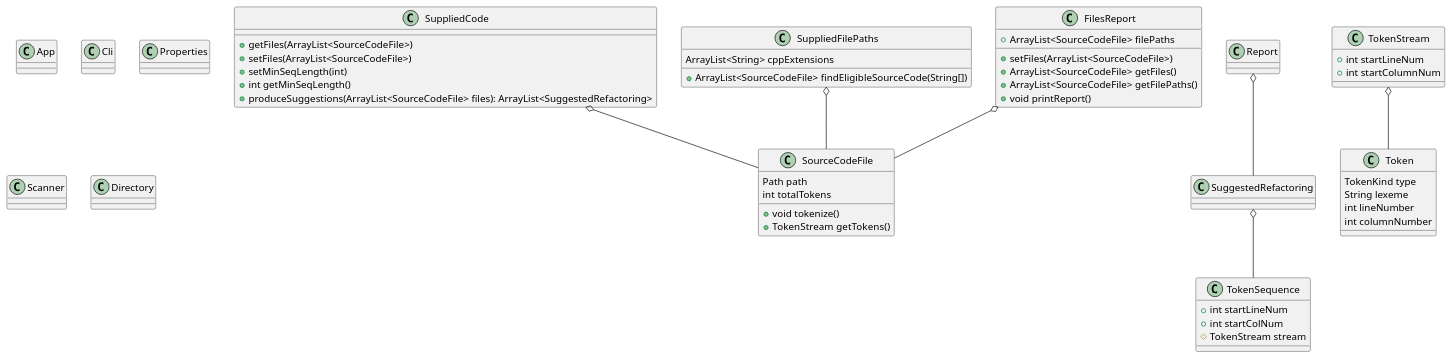
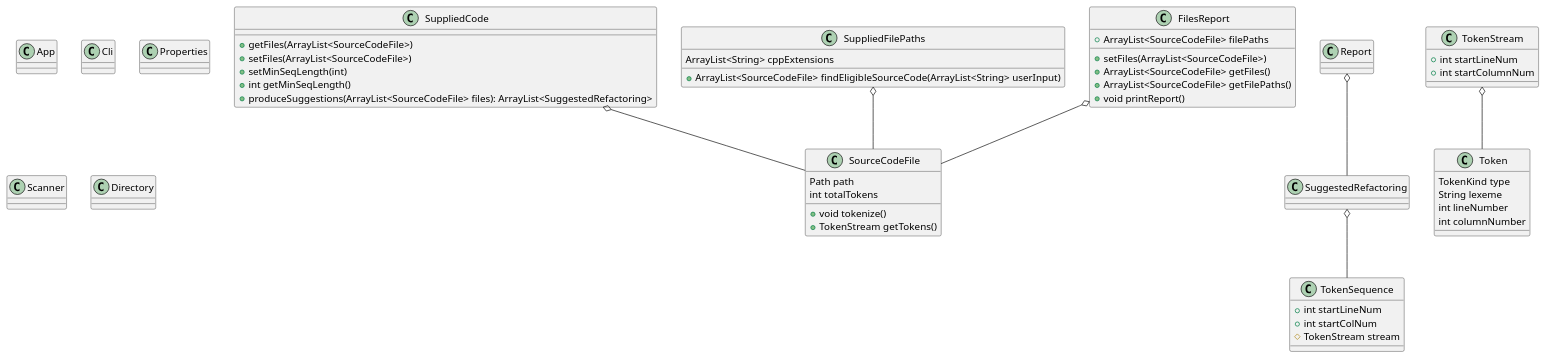
Before and after one commit to ShroudofDark/CS350-DupDetector: the diagram in src/doc/plantuml/classes.puml, drawn with PlantUML. The commit also changed 12 other files, not shown here.

```diff
--- a/src/doc/plantuml/classes.puml
+++ b/src/doc/plantuml/classes.puml
@@ -1,90 +1,90 @@
 @startuml
 
 class SuppliedCode {
     + getFiles(ArrayList<SourceCodeFile>)
     + setFiles(ArrayList<SourceCodeFile>)
     + setMinSeqLength(int)
     + int getMinSeqLength()
     + produceSuggestions(ArrayList<SourceCodeFile> files): ArrayList<SuggestedRefactoring>
 
 }
 
 class SuppliedFilePaths {
     ArrayList<String> cppExtensions
-    + ArrayList<SourceCodeFile> findEligibleSourceCode(String[])
+    + ArrayList<SourceCodeFile> findEligibleSourceCode(ArrayList<String> userInput)
 }
 
 class SuggestedRefactoring {
   
 }
 
 SuggestedRefactoring o-- TokenSequence
 
 class SourceCodeFile {
     Path path
     int totalTokens
     + void tokenize()
     + TokenStream getTokens()
 }
 
 class TokenSequence {
     + int startLineNum
     + int startColNum
     # TokenStream stream
 }
 
 class TokenStream {
     + int startLineNum
     + int startColumnNum
 }
 
 class Token {
     TokenKind type
     String lexeme
     int lineNumber
     int columnNumber
 }
 
 TokenStream o-- Token
 
 class FilesReport {
     + ArrayList<SourceCodeFile> filePaths
     + setFiles(ArrayList<SourceCodeFile>)
     + ArrayList<SourceCodeFile> getFiles()
     + ArrayList<SourceCodeFile> getFilePaths()
     + void printReport()
 }
 
 SuppliedFilePaths o-- SourceCodeFile
 SuppliedCode o-- SourceCodeFile
 FilesReport o-- SourceCodeFile
 
 class Report {
 
 }
 
 Report o-- SuggestedRefactoring
 
 class App {
 
 }
 
 class Cli {
 
 }
 
 class Properties {
 
 }
 
 class Scanner {
 
 }
 
 class Directory {
 
 }
 
 
 
 @enduml
```
